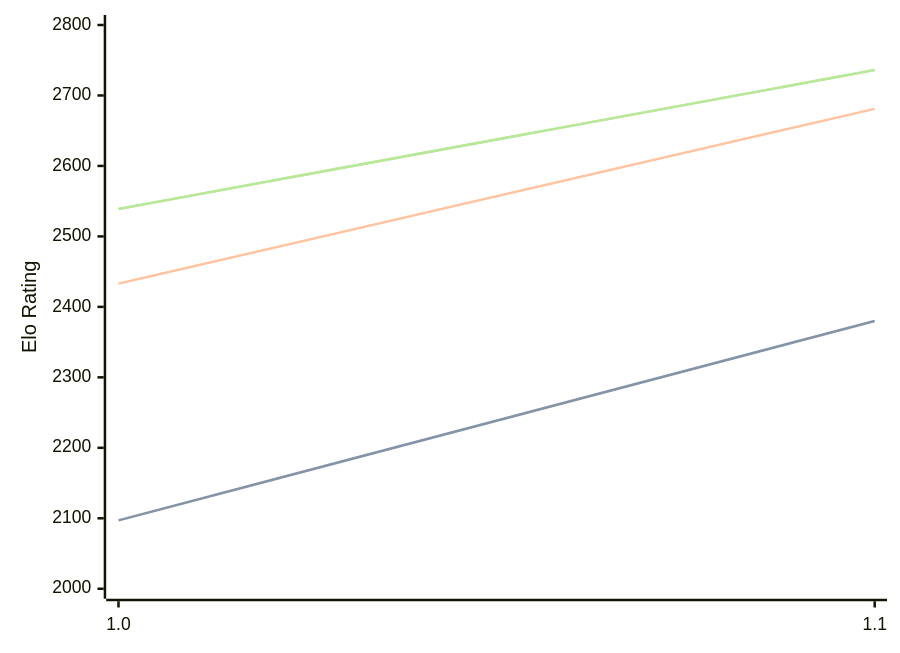
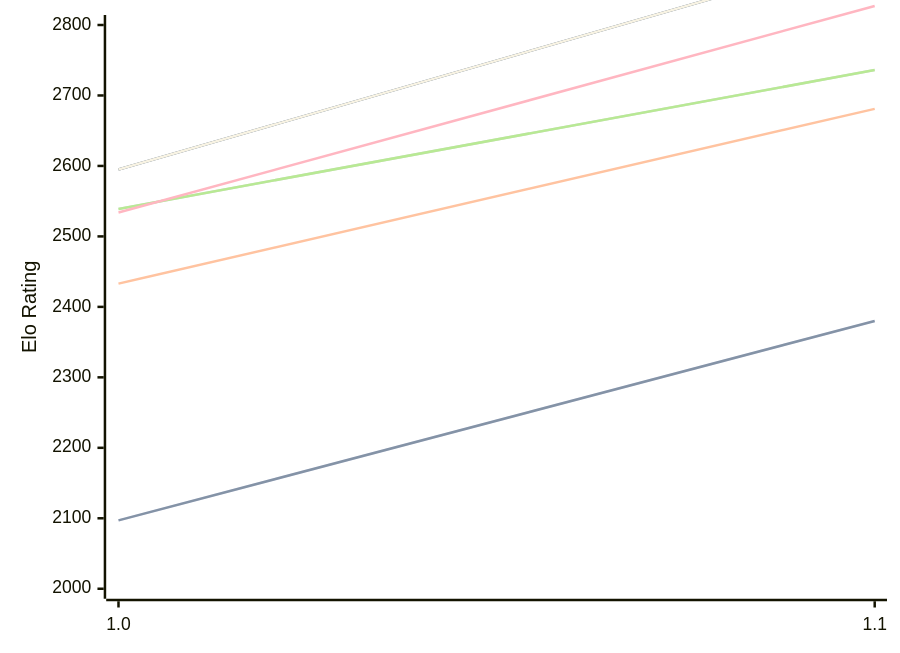
Before and after one commit to computer-chess-index/cci: the diagram in engines/Erinn.md, drawn with Mermaid. The commit also changed other lines of this file, not shown here.

Commit message:
Update CCI Ratings (ELO VLTC) - 2026-10-11

````diff
--- a/engines/Erinn.md
+++ b/engines/Erinn.md
@@ -48,11 +49,16 @@
 ```mermaid
 %%{init: {"theme":"base","themeVariables":{"seriesColors:['#a3a3a3','#222221','#faa371']}}}%%
 xychart-beta
   x-axis ["1.0", "1.1"]
   y-axis "Elo Rating" 2000 --> 2800
   line "" [2097, 2380]
-  line "STC (8.0+0.08s)" [2097, 2380]
-  line "LTC (60.0+0.60s)" [2433, 2681]
+  line "T1: STC (8.0+0.08s)" [2097, 2380]
+  line "T1: LTC (60.0+0.60s)" [2433, 2681]
   line "" [2539, 2736]
-  line "VLTC (2m24s+1.12s)" [2539, 2736]
+  line "T1: VLTC (2m24s+1.12s)" [2539, 2736]
+  line "" [1636, 1886]
+  line "E1: STC (8.0+0.08s)" [1636, 1886]
+  line "E1: LTC (60.0+0.60s)" [2534, 2827]
+  line "" [2595, 2904]
+  line "E1: VLTC (2m24s+1.12s)" [2595, 2904]
 ```
````
